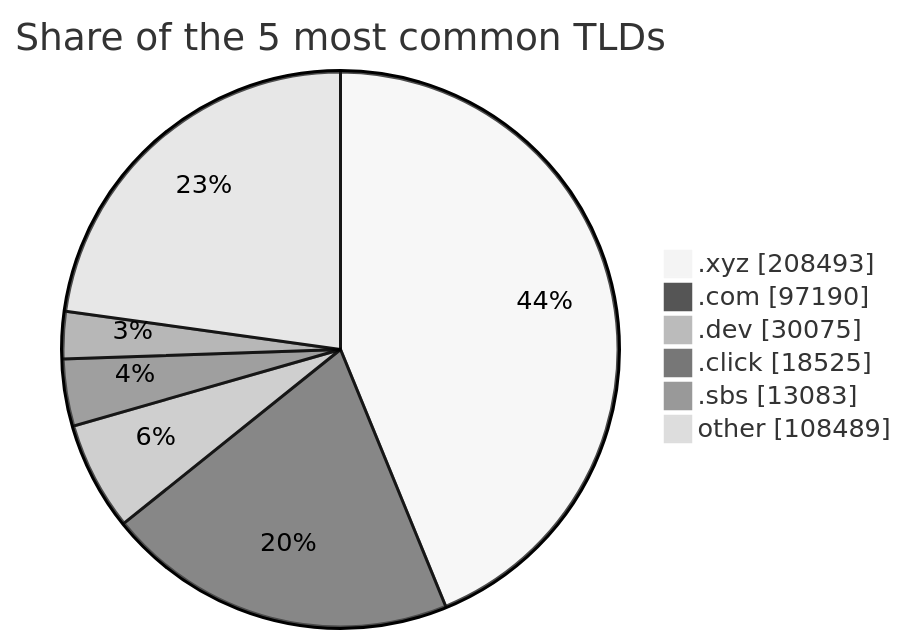
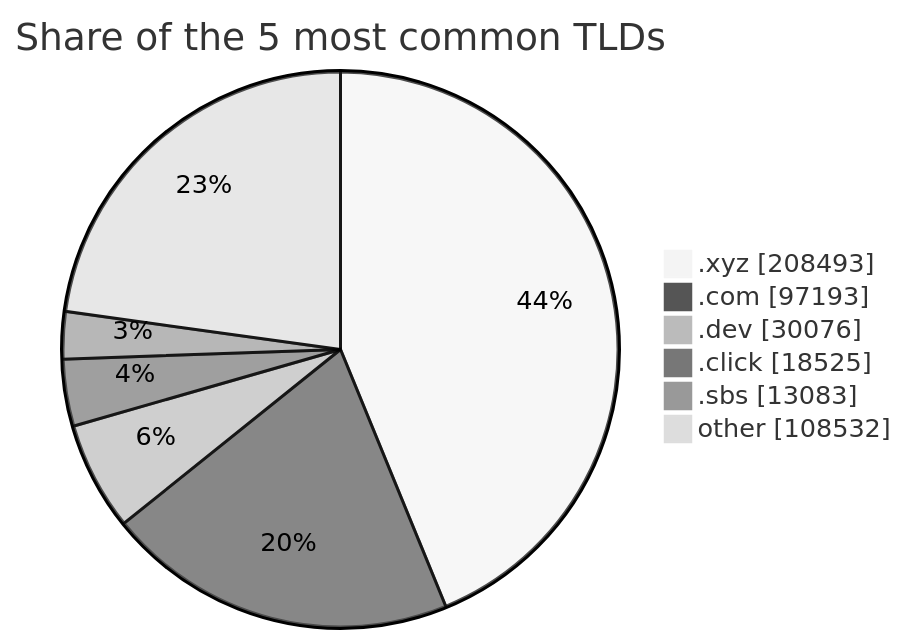
The third of 3 diagrams in README.md (DNSBunker/CTI), drawn with Mermaid (neutral theme) before and after one commit. The commit also changed other lines of this file and 3 other files, not shown here.

````diff
--- a/README.md
+++ b/README.md
@@ -81,9 +81,9 @@
 ```mermaid
 pie showData title Share of the 5 most common TLDs
     ".xyz" : 208493
-    ".com" : 97190
-    ".dev" : 30075
+    ".com" : 97193
+    ".dev" : 30076
     ".click" : 18525
     ".sbs" : 13083
-    "other" : 108489
+    "other" : 108532
 ```
````
